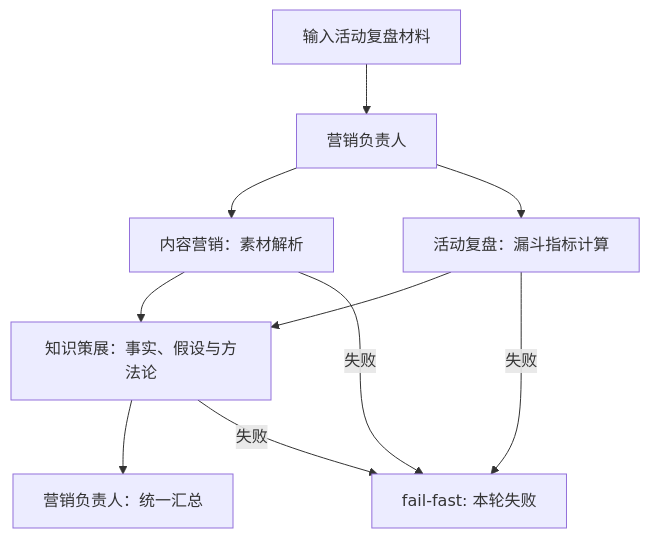
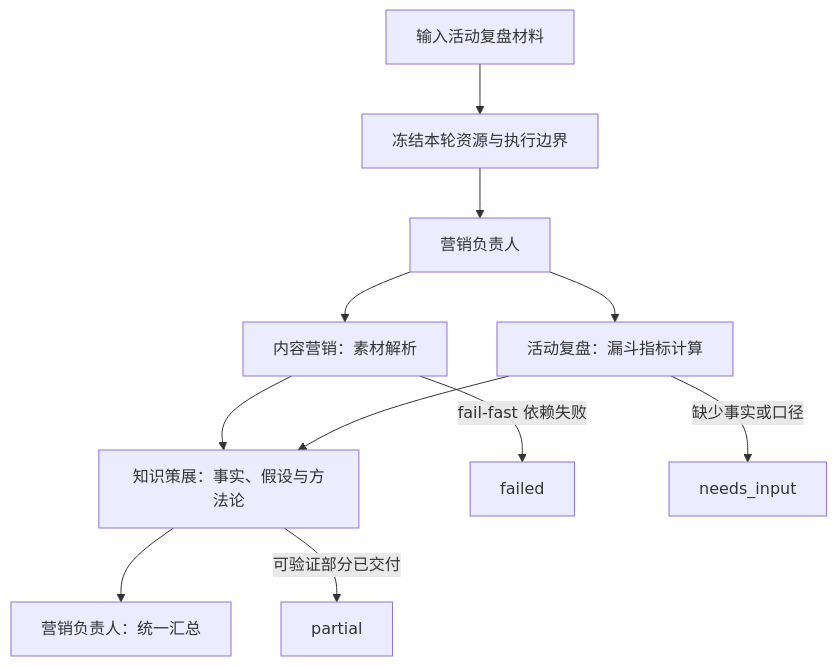
One commit to ArtisanCloud/PowerX changed the first of 2 diagrams in docs/guides/agent/native_agents/marketing-knowledge-demo/team-campaign-review.md. Above: the diagram before and after it, drawn with Mermaid. The commit also changed other lines of this file and 252 other files, not shown here.

````diff
--- a/docs/guides/agent/native_agents/marketing-knowledge-demo/team-campaign-review.md
+++ b/docs/guides/agent/native_agents/marketing-knowledge-demo/team-campaign-review.md
@@ -15,12 +16,13 @@
 ```mermaid
 flowchart TD
-  U[输入活动复盘材料] --> P[营销负责人]
+  U[输入活动复盘材料] --> S0[冻结本轮资源与执行边界]
+  S0 --> P[营销负责人]
   P --> S[内容营销：素材解析]
   P --> A[活动复盘：漏斗指标计算]
   S --> K[知识策展：事实、假设与方法论]
   A --> K
   K --> F[营销负责人：统一汇总]
-  S -->|失败| X[fail-fast: 本轮失败]
-  A -->|失败| X
-  K -->|失败| X
+  S -->|fail-fast 依赖失败| X[failed]
+  A -->|缺少事实或口径| N[needs_input]
+  K -->|可验证部分已交付| Q[partial]
 ```
````
